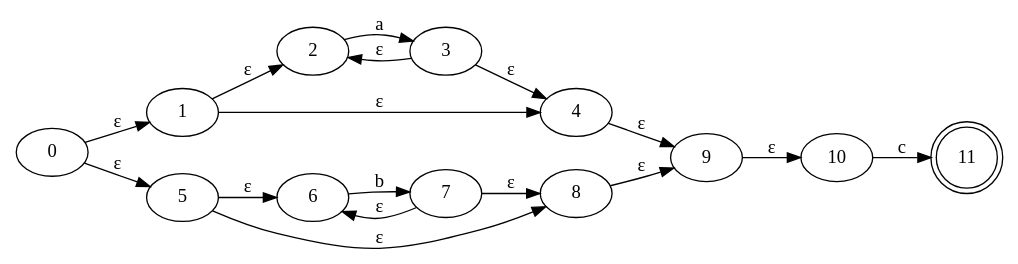
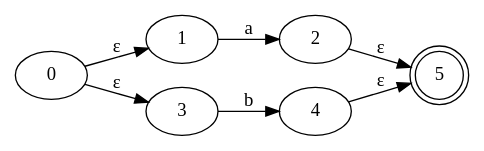
The diagram in Graph/Thompson.gv (MaaarcosG/Automatas), drawn with Graphviz before and after one commit. The commit also changed 8 other files, not shown here.

```diff
--- a/Graph/Thompson.gv
+++ b/Graph/Thompson.gv
@@ -1,31 +1,15 @@
 digraph Automata {
 	rankdir=LR
 	0 [label=0]
 	0 -> 1 [label="ε"]
-	0 -> 5 [label="ε"]
+	0 -> 3 [label="ε"]
 	1 [label=1]
-	1 -> 2 [label="ε"]
-	1 -> 4 [label="ε"]
+	1 -> 2 [label=a]
 	2 [label=2]
-	2 -> 3 [label=a]
+	2 -> 5 [label="ε"]
 	3 [label=3]
-	3 -> 2 [label="ε"]
-	3 -> 4 [label="ε"]
+	3 -> 4 [label=b]
 	4 [label=4]
-	4 -> 9 [label="ε"]
-	5 [label=5]
-	5 -> 6 [label="ε"]
-	5 -> 8 [label="ε"]
-	6 [label=6]
-	6 -> 7 [label=b]
-	7 [label=7]
-	7 -> 6 [label="ε"]
-	7 -> 8 [label="ε"]
-	8 [label=8]
-	8 -> 9 [label="ε"]
-	9 [label=9]
-	9 -> 10 [label="ε"]
-	10 [label=10]
-	10 -> 11 [label=c]
-	11 [label=11 shape=doublecircle]
+	4 -> 5 [label="ε"]
+	5 [label=5 shape=doublecircle]
 }
```
